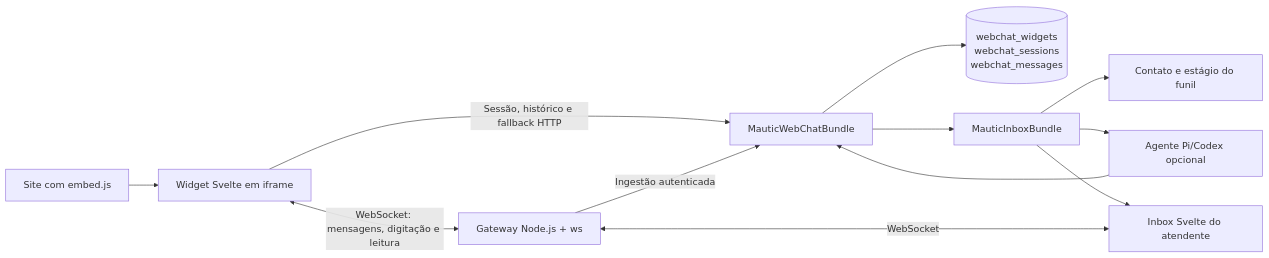
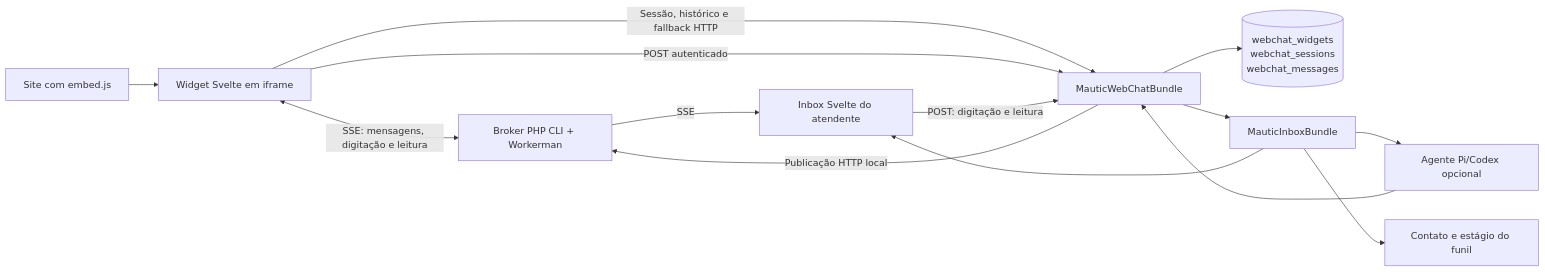
One commit to raphaelcangucu/mautic-webchat-bundle changed the diagram in README.md. Above: the diagram before and after it, drawn with Mermaid. The commit also changed other lines of this file and 39 other files, not shown here.

Commit message:
fix: replace websocket gateway with bounded PHP SSE

````diff
--- a/README.md
+++ b/README.md
@@ -35,14 +35,16 @@
 ```mermaid
 flowchart LR
     Site[Site com embed.js] --> Frame[Widget Svelte em iframe]
-    Frame <-->|WebSocket: mensagens, digitação e leitura| Gateway[Gateway Node.js + ws]
+    Frame <-->|SSE: mensagens, digitação e leitura| Gateway[Broker PHP CLI + Workerman]
     Frame -->|Sessão, histórico e fallback HTTP| WebChat[MauticWebChatBundle]
-    Gateway -->|Ingestão autenticada| WebChat
+    Frame -->|POST autenticado| WebChat
+    WebChat -->|Publicação HTTP local| Gateway
     WebChat --> Store[(webchat_widgets\nwebchat_sessions\nwebchat_messages)]
     WebChat --> Inbox[MauticInboxBundle]
     Inbox --> Operator[Inbox Svelte do atendente]
-    Operator <-->|WebSocket| Gateway
+    Gateway -->|SSE| Operator
+    Operator -->|POST: digitação e leitura| WebChat
     Inbox --> AI[Agente Pi/Codex opcional]
     AI --> WebChat
     Inbox --> Contact[Contato e estágio do funil]
 ```
````
